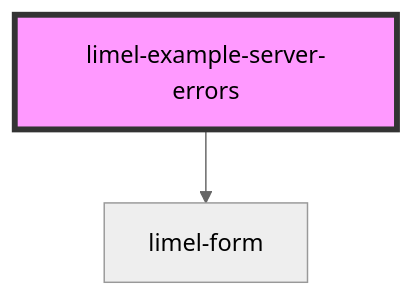
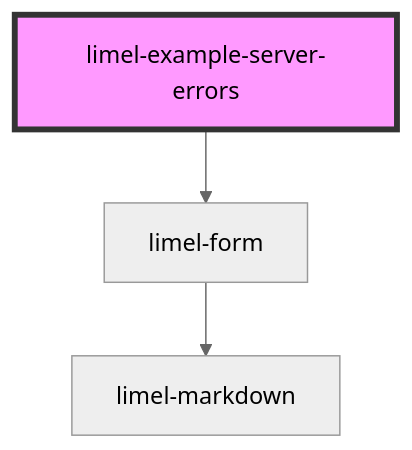
The diagram in versions/PR-3749/markdown-docs/components/form/examples/readme.md (Lundalogik/lime-elements), drawn with Mermaid (neutral theme) before and after one commit. The commit also changed 12 other files, not shown here.

````diff
--- a/versions/PR-3749/markdown-docs/components/form/examples/readme.md
+++ b/versions/PR-3749/markdown-docs/components/form/examples/readme.md
@@ -19,5 +19,6 @@
 ```mermaid
 graph TD;
   limel-example-server-errors --> limel-form
+  limel-form --> limel-markdown
   style limel-example-server-errors fill:#f9f,stroke:#333,stroke-width:4px
 ```
````
